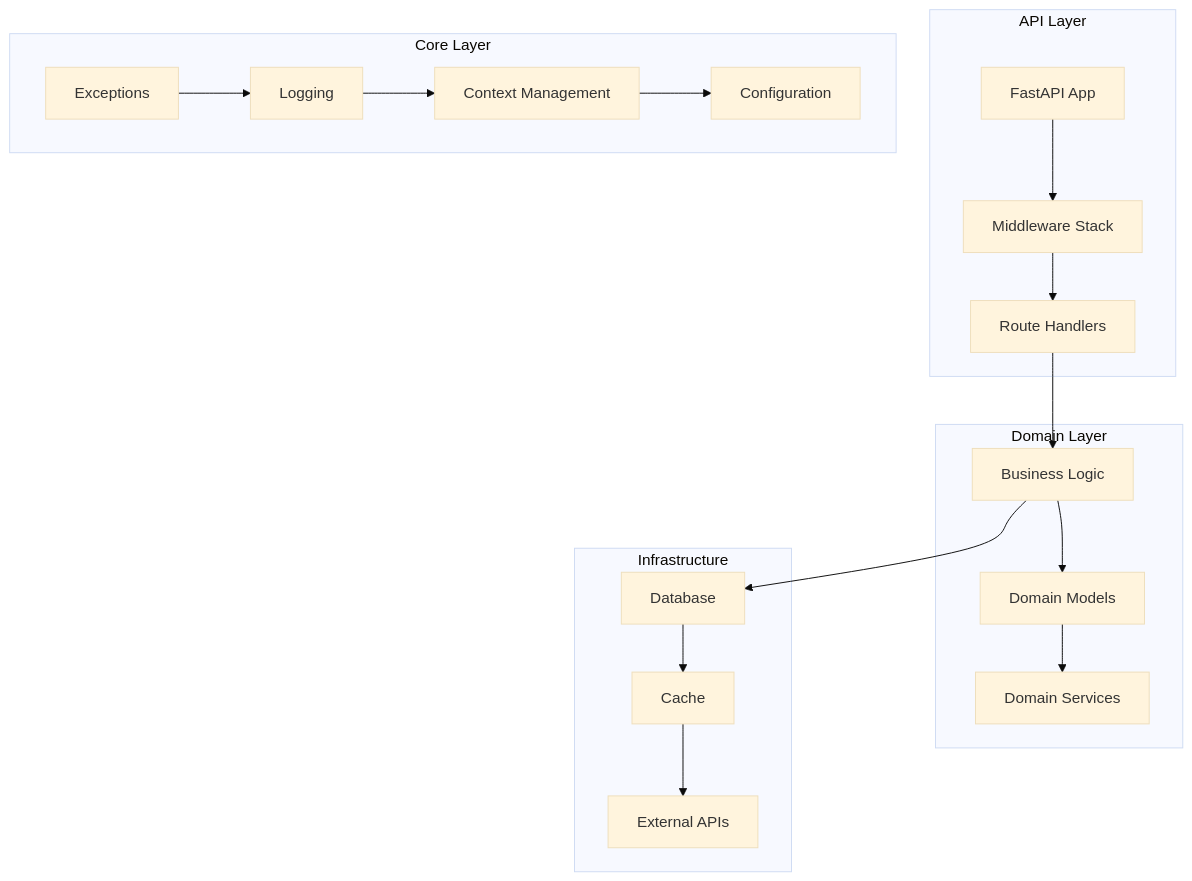
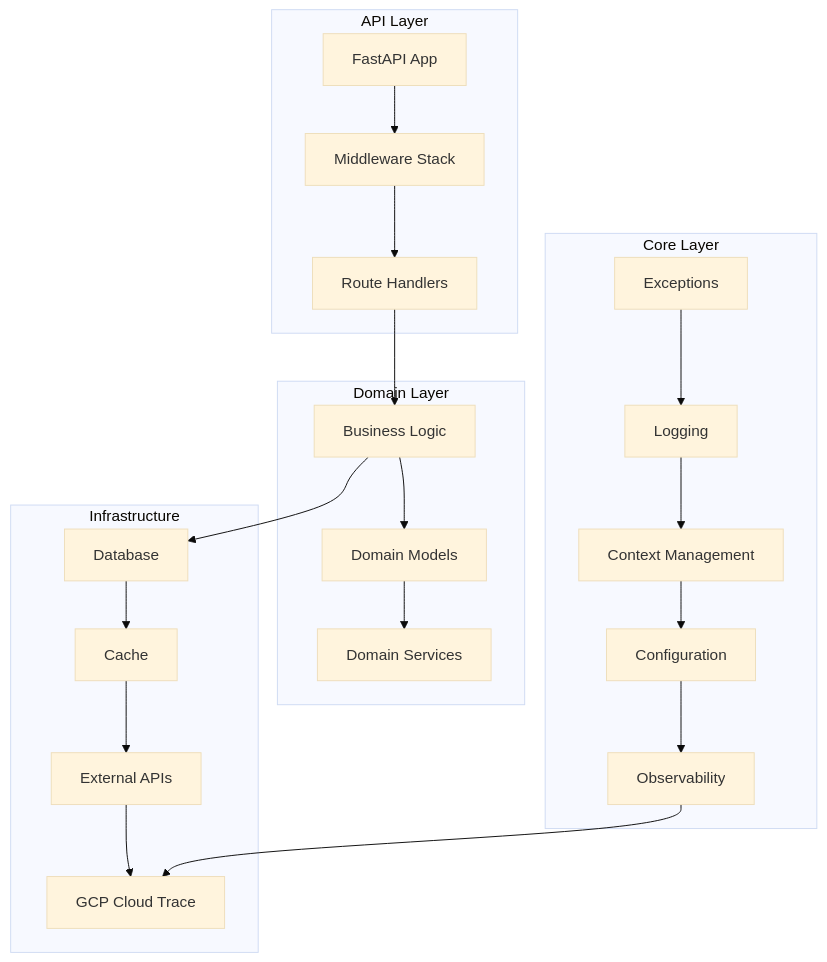
The first of 3 diagrams in README.md (STICORP/tributum-back), drawn with Mermaid (base theme) before and after one commit. The commit also changed other lines of this file, not shown here.

First line of the commit message:
docs: update README with observability features and enhancements

````diff
--- a/README.md
+++ b/README.md
@@ -120,26 +127,29 @@
 ```mermaid
 graph TB
     subgraph "API Layer"
         A[FastAPI App] --> B[Middleware Stack]
         B --> C[Route Handlers]
     end
 
     subgraph "Core Layer"
         D[Exceptions] --> E[Logging]
         E --> F[Context Management]
         F --> G[Configuration]
+        G --> H[Observability]
     end
 
     subgraph "Domain Layer"
-        H[Business Logic] --> I[Domain Models]
-        I --> J[Domain Services]
+        I[Business Logic] --> J[Domain Models]
+        J --> K[Domain Services]
     end
 
     subgraph "Infrastructure"
-        K[Database] --> L[Cache]
-        L --> M[External APIs]
+        L[Database] --> M[Cache]
+        M --> N[External APIs]
+        N --> O[GCP Cloud Trace]
     end
 
-    C --> H
-    H --> K
+    C --> I
+    I --> L
+    H --> O
 ```
````
